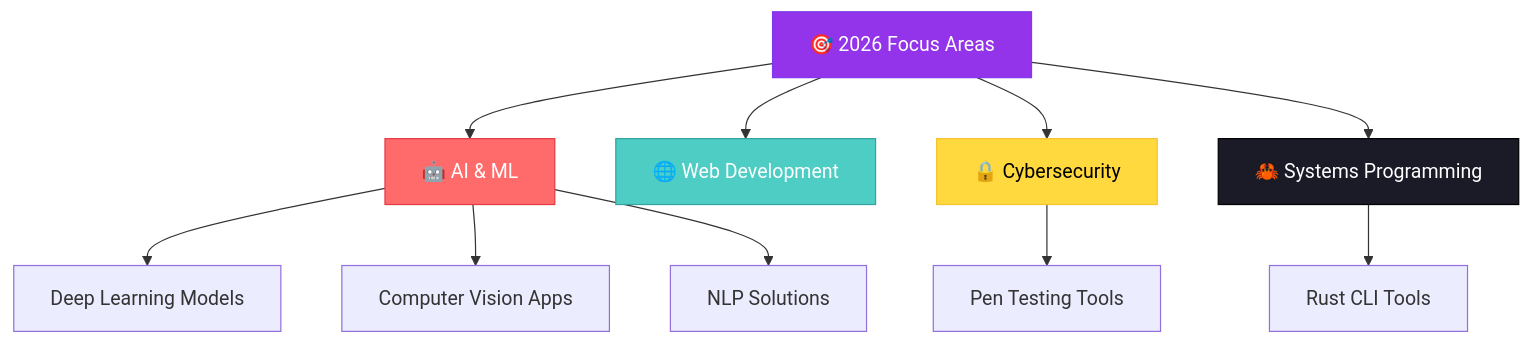
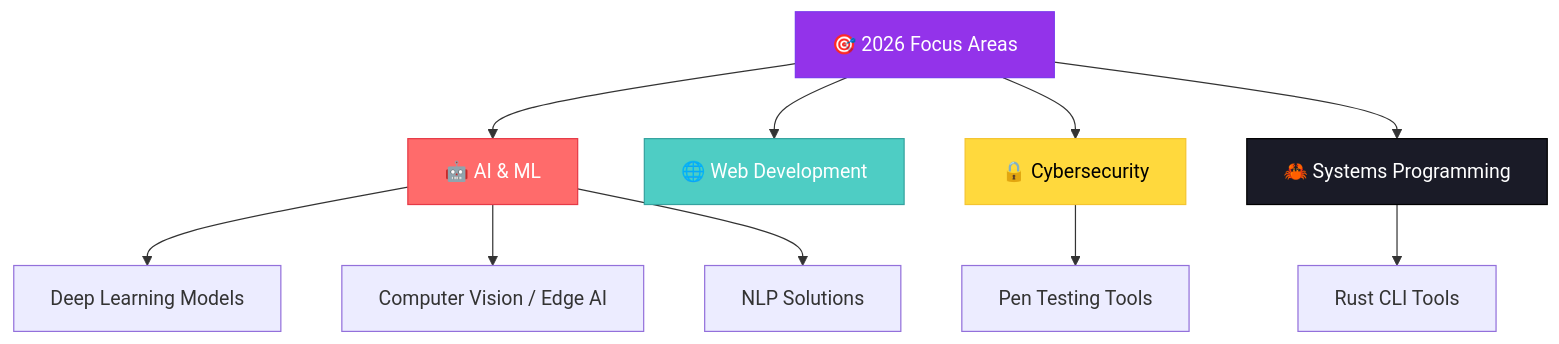
One commit to Ali-hey-0/Ali-hey-0 changed the diagram in README.md. Above: the diagram before and after it, drawn with Mermaid. The commit also changed other lines of this file, not shown here.

````diff
--- a/README.md
+++ b/README.md
@@ -129,21 +128,21 @@
 ```mermaid
 graph TB
     A[🎯 2026 Focus Areas] --> B[🤖 AI & ML]
     A --> C[🌐 Web Development]
     A --> D[🔒 Cybersecurity]
     A --> E[🦀 Systems Programming]
 
     B --> B1[Deep Learning Models]
-    B --> B2[Computer Vision Apps]
+    B --> B2[Computer Vision / Edge AI]
     B --> B3[NLP Solutions]
 
     D --> D1[Pen Testing Tools]
 
     E --> E1[Rust CLI Tools]
 
     style A fill:#9333EA,stroke:#7C3AED,color:#fff
     style B fill:#FF6B6B,stroke:#E63946,color:#fff
     style C fill:#4ECDC4,stroke:#35A29F,color:#fff
     style D fill:#FFD93D,stroke:#F4C430,color:#000
     style E fill:#1A1B27,stroke:#000000,color:#fff
 ```
````
